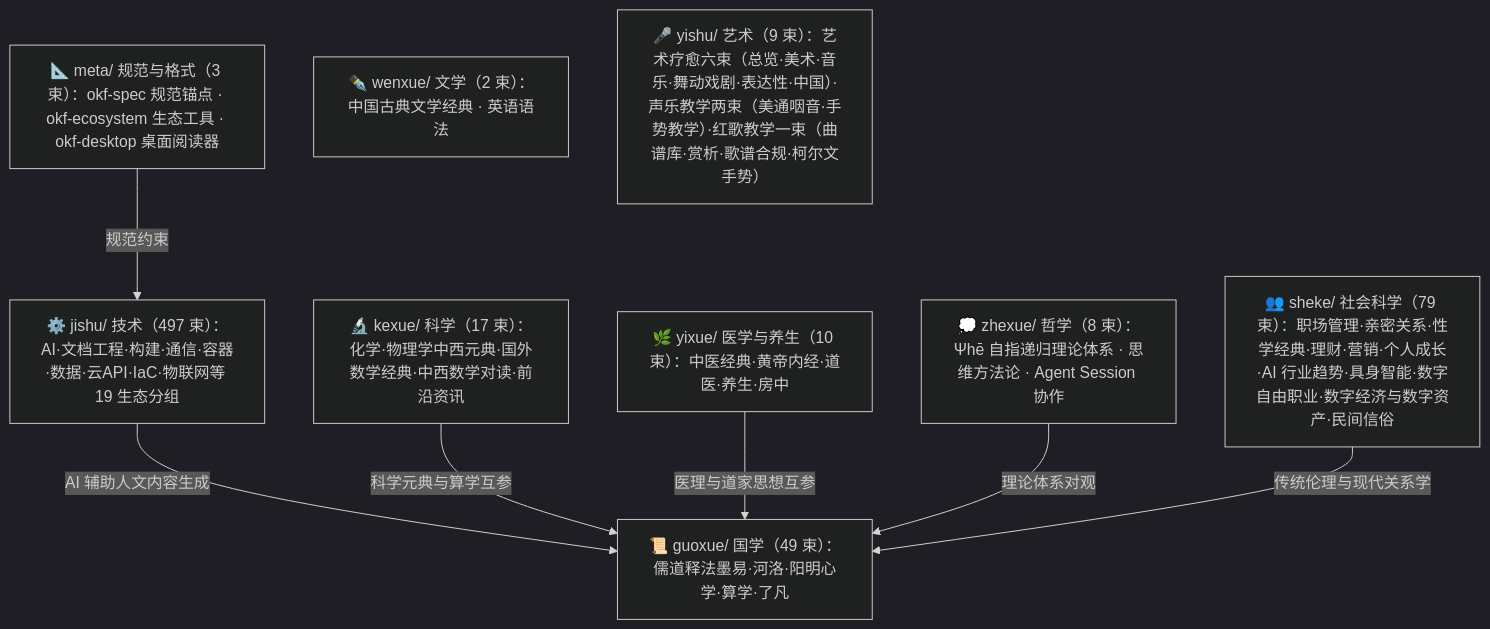
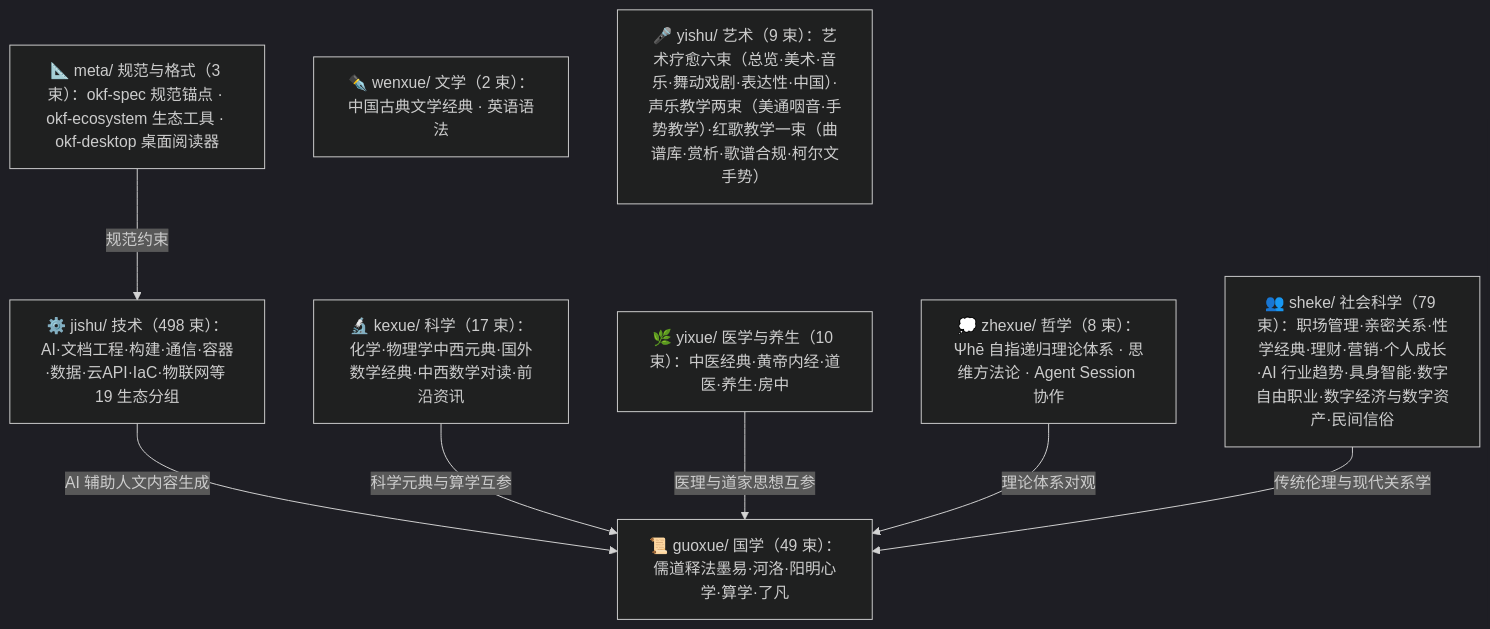
One commit to awesome-flexloop/awesome-okf changed the diagram in doc/bundles/index.md. Above: the diagram before and after it, drawn with Mermaid (dark theme). The commit also changed other lines of this file and 26 other files, not shown here.

````diff
--- a/doc/bundles/index.md
+++ b/doc/bundles/index.md
@@ -21,18 +21,18 @@
 ```mermaid
 flowchart TD
     meta["📐 meta/ 规范与格式（3 束）：okf-spec 规范锚点 · okf-ecosystem 生态工具 · okf-desktop 桌面阅读器"]
     guoxue["📜 guoxue/ 国学（49 束）：儒道释法墨易·河洛·阳明心学·算学·了凡"]
     zhexue["💭 zhexue/ 哲学（8 束）：Ψhē 自指递归理论体系 · 思维方法论 · Agent Session 协作"]
     kexue["🔬 kexue/ 科学（17 束）：化学·物理学中西元典·国外数学经典·中西数学对读·前沿资讯"]
     wenxue["✒️ wenxue/ 文学（2 束）：中国古典文学经典 · 英语语法"]
     yixue["🌿 yixue/ 医学与养生（10 束）：中医经典·黄帝内经·道医·养生·房中"]
     sheke["👥 sheke/ 社会科学（79 束）：职场管理·亲密关系·性学经典·理财·营销·个人成长·AI 行业趋势·具身智能·数字自由职业·数字经济与数字资产·民间信俗"]
     yishu["🎤 yishu/ 艺术（9 束）：艺术疗愈六束（总览·美术·音乐·舞动戏剧·表达性·中国）·声乐教学两束（美通咽音·手势教学）·红歌教学一束（曲谱库·赏析·歌谱合规·柯尔文手势）"]
-    jishu["⚙️ jishu/ 技术（497 束）：AI·文档工程·构建·通信·容器·数据·云API·IaC·物联网等 19 生态分组"]
+    jishu["⚙️ jishu/ 技术（498 束）：AI·文档工程·构建·通信·容器·数据·云API·IaC·物联网等 19 生态分组"]
     meta -->|"规范约束"| jishu
     jishu -->|"AI 辅助人文内容生成"| guoxue
     kexue -->|"科学元典与算学互参"| guoxue
     yixue -->|"医理与道家思想互参"| guoxue
     zhexue -->|"理论体系对观"| guoxue
     sheke -->|"传统伦理与现代关系学"| guoxue
 ```
````
